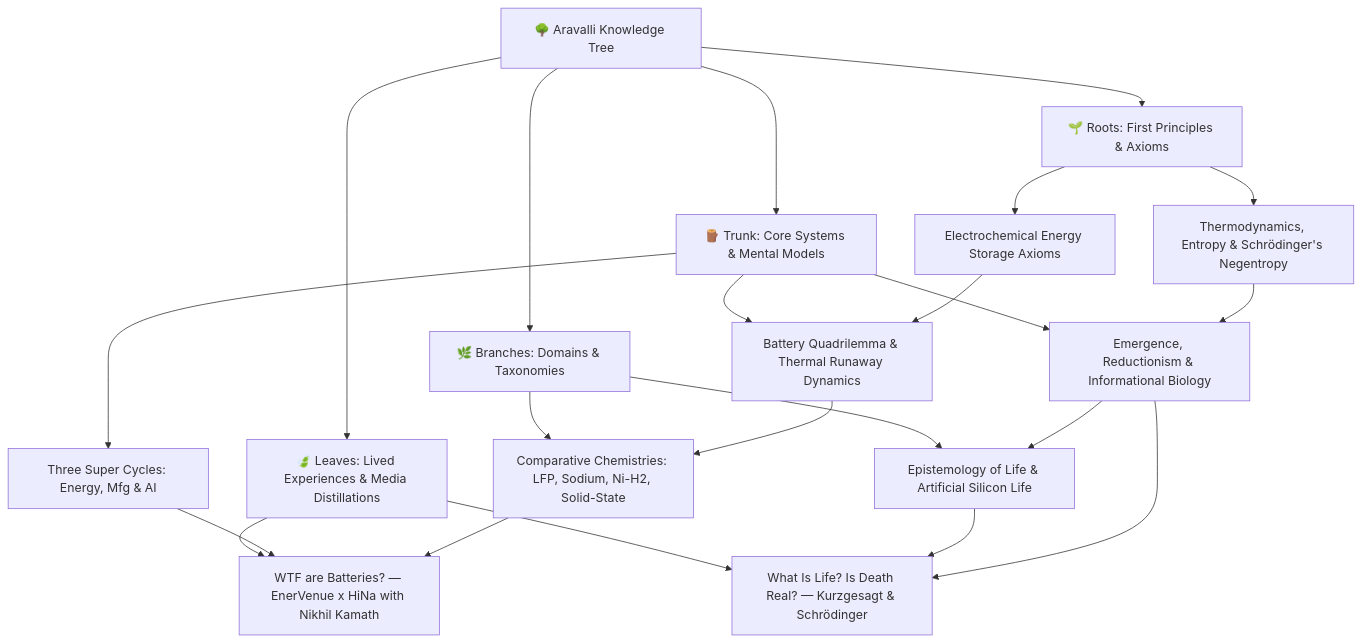
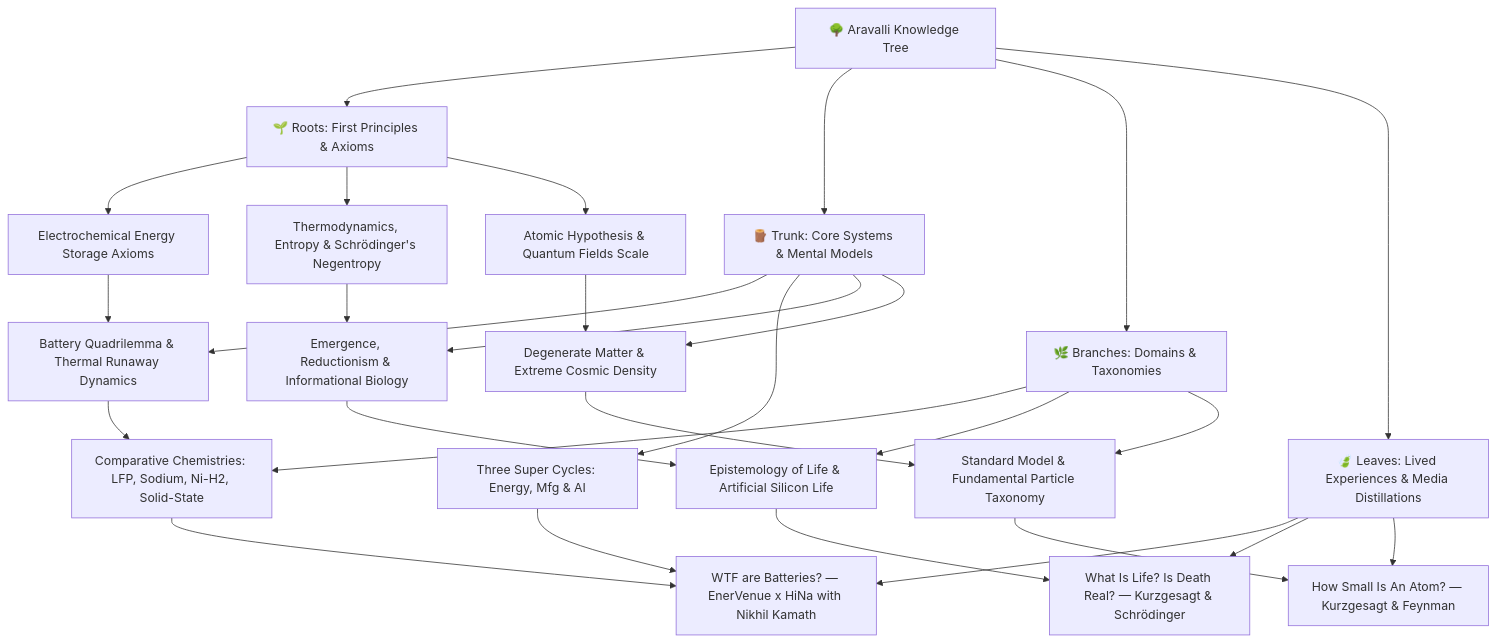
Before and after one commit to vs00918/aravalli: the diagram in knowledge-tree/INDEX.md, drawn with Mermaid. The commit also changed other lines of this file and 6 other files, not shown here.

Commit message:
Ingest Kurzgesagt Atomic Scale & Quantum Mechanics: Add Roots, Trunk, Branches & Leaf nodes

````diff
--- a/knowledge-tree/INDEX.md
+++ b/knowledge-tree/INDEX.md
@@ -3,34 +3,40 @@
 ```mermaid
 graph TD
     RootNode["🌳 Aravalli Knowledge Tree"] --> Roots["🌱 Roots: First Principles & Axioms"]
     RootNode --> Trunk["🪵 Trunk: Core Systems & Mental Models"]
     RootNode --> Branches["🌿 Branches: Domains & Taxonomies"]
     RootNode --> Leaves["🍃 Leaves: Lived Experiences & Media Distillations"]
 
     %% Roots
     Roots --> R1["Electrochemical Energy Storage Axioms"]
     Roots --> R2["Thermodynamics, Entropy & Schrödinger's Negentropy"]
+    Roots --> R3["Atomic Hypothesis & Quantum Fields Scale"]
 
     %% Trunk
     Trunk --> T1["Battery Quadrilemma & Thermal Runaway Dynamics"]
     Trunk --> T2["Three Super Cycles: Energy, Mfg & AI"]
     Trunk --> T3["Emergence, Reductionism & Informational Biology"]
+    Trunk --> T4["Degenerate Matter & Extreme Cosmic Density"]
 
     %% Branches
     Branches --> B1["Comparative Chemistries: LFP, Sodium, Ni-H2, Solid-State"]
     Branches --> B2["Epistemology of Life & Artificial Silicon Life"]
+    Branches --> B3["Standard Model & Fundamental Particle Taxonomy"]
 
     %% Leaves
     Leaves --> L1["WTF are Batteries? — EnerVenue x HiNa with Nikhil Kamath"]
     Leaves --> L2["What Is Life? Is Death Real? — Kurzgesagt & Schrödinger"]
+    Leaves --> L3["How Small Is An Atom? — Kurzgesagt & Feynman"]
 
-    %% Inter-tier Cross Connections
+    %% Cross-Tier Connections
     R1 --> T1
     R2 --> T3
+    R3 --> T4
     T1 --> B1
     T3 --> B2
-    T2 --> L1
+    T4 --> B3
     B1 --> L1
     B2 --> L2
-    T3 --> L2
+    B3 --> L3
+    T2 --> L1
 ```
````
